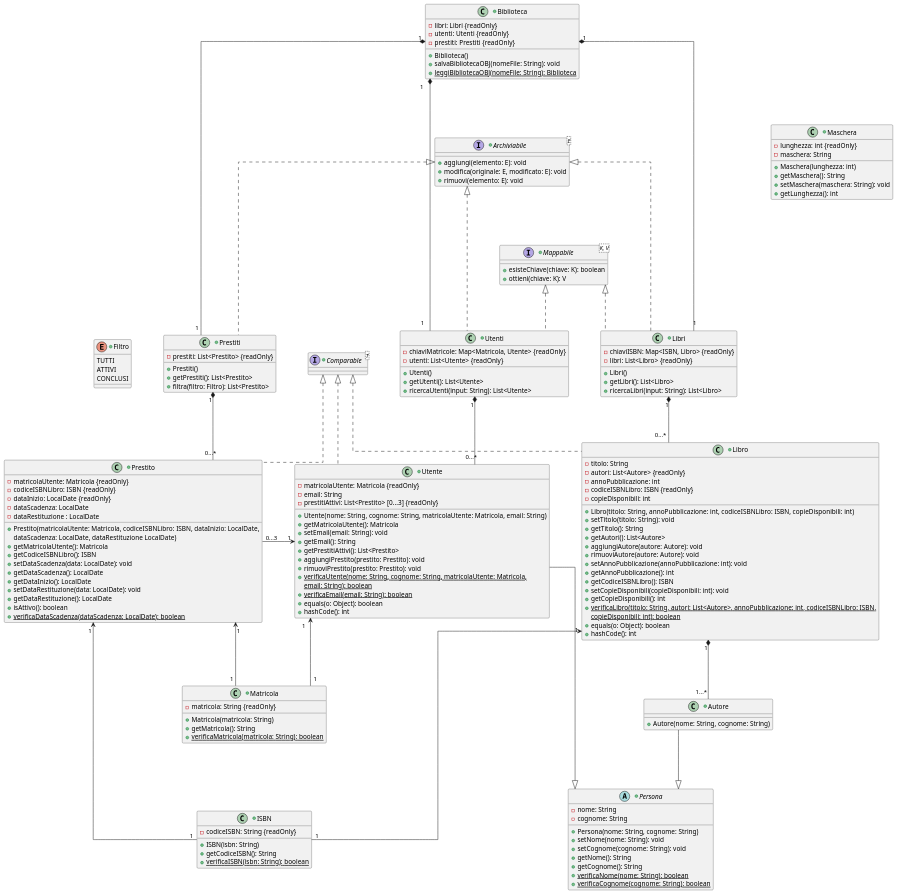
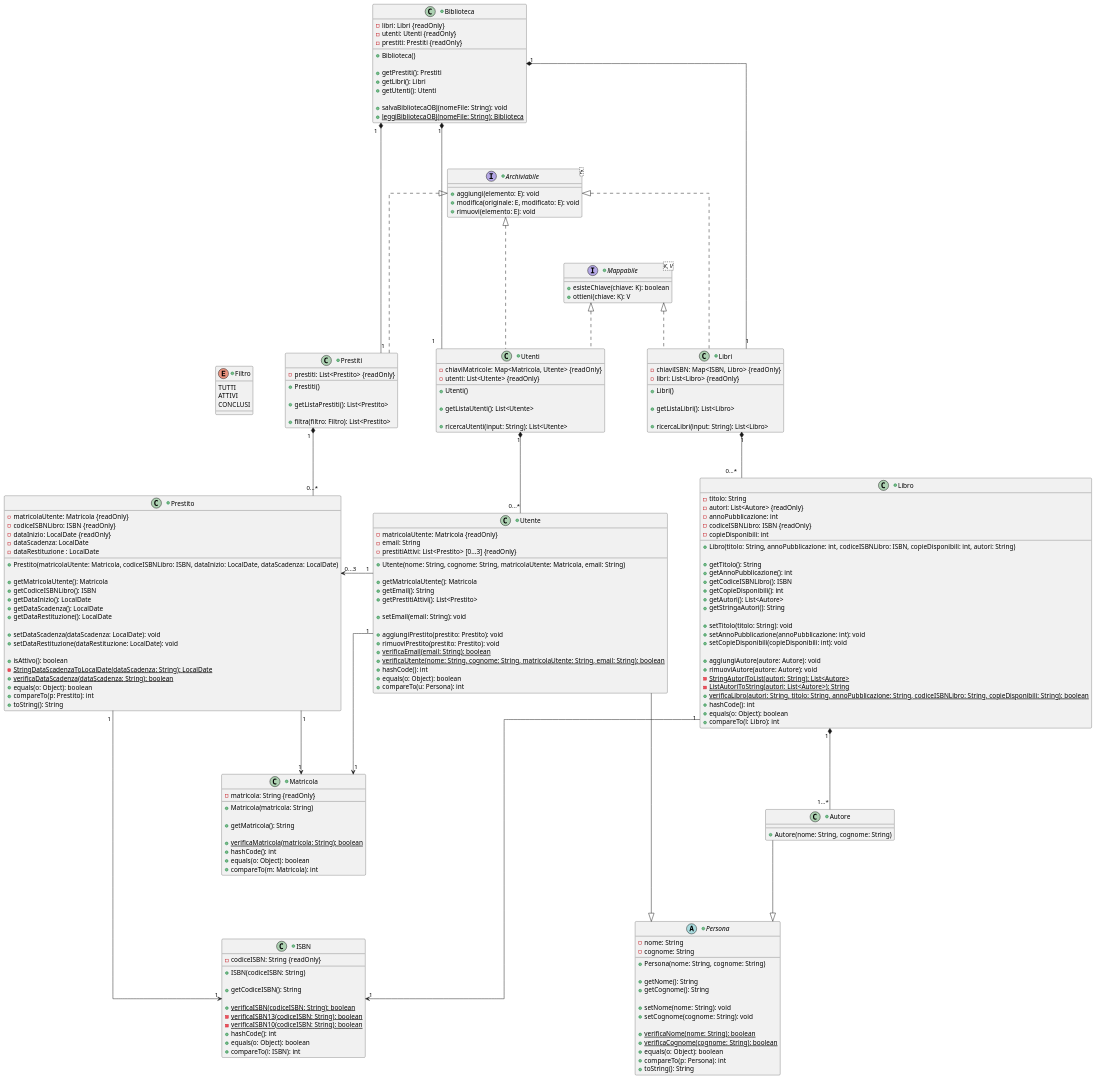
The diagram in documents/DiagrammiUML/classdiagram.puml (TitanVoid/ProgSE-Biblioteca), drawn with PlantUML before and after one commit.

Commit message:
Caricamento classdiagram.puml - versione finale

```diff
--- a/documents/DiagrammiUML/classdiagram.puml
+++ b/documents/DiagrammiUML/classdiagram.puml
@@ -1,8 +1,8 @@
 @startuml
+skinparam svgTextStyle plain
 skinparam nodesep 70
 skinparam ranksep 100
 skinparam linetype ortho
-'skinparam linetype polyline
 top to bottom direction
 
 
@@ -21,6 +21,11 @@
 -prestiti: Prestiti {readOnly}
 
 +Biblioteca()
+
++getPrestiti(): Prestiti
++getLibri(): Libri
++getUtenti(): Utenti
+
 +salvaBibliotecaOBJ(nomeFile: String): void
 +leggiBibliotecaOBJ(nomeFile: String): Biblioteca {static}
 }
@@ -38,7 +43,9 @@
 -utenti: List<Utente> {readOnly}
 
 +Utenti()
-+getUtenti(): List<Utente>
+
++getListaUtenti(): List<Utente>
+
 +ricercaUtenti(input: String): List<Utente> 
 }
 
@@ -48,7 +55,9 @@
 -libri: List<Libro> {readOnly}
 
 +Libri()
-+getLibri(): List<Libro>
+
++getListaLibri(): List<Libro>
+
 +ricercaLibri(input: String): List<Libro> 
 }
 
@@ -57,74 +66,91 @@
 -prestiti: List<Prestito> {readOnly}
 
 +Prestiti()
-+getPrestiti(): List<Prestito>
+
++getListaPrestiti(): List<Prestito>
+
 +filtra(filtro: Filtro): List<Prestito>
 }
 
 
-+class Utente implements Comparable<T> {
++class Utente {
 -matricolaUtente: Matricola {readOnly}
 -email: String
 -prestitiAttivi: List<Prestito> [0...3] {readOnly}
 
 +Utente(nome: String, cognome: String, matricolaUtente: Matricola, email: String)
+
 +getMatricolaUtente(): Matricola
-+setEmail(email: String): void
 +getEmail(): String
 +getPrestitiAttivi(): List<Prestito>
+
++setEmail(email: String): void
+
 +aggiungiPrestito(prestito: Prestito): void
 +rimuoviPrestito(prestito: Prestito): void
-+verificaUtente(nome: String, cognome: String, matricolaUtente: Matricola, {static} 
-email: String): boolean {static}
 +verificaEmail(email: String): boolean {static} 
++verificaUtente(nome: String, cognome: String, matricolaUtente: String, email: String): boolean {static}
++hashCode(): int
 +equals(o: Object): boolean
-+hashCode(): int
++compareTo(u: Persona): int
 }
 
 
-+class Libro implements Comparable<T> {
--titolo: String
++class Libro {
+-titolo: String 
 -autori: List<Autore> {readOnly}
 -annoPubblicazione: int 
 -codiceISBNLibro: ISBN {readOnly}
 -copieDisponibili: int 
 
-+Libro(titolo: String, annoPubblicazione: int, codiceISBNLibro: ISBN, copieDisponibili: int)
++Libro(titolo: String, annoPubblicazione: int, codiceISBNLibro: ISBN, copieDisponibili: int, autori: String)
+
++getTitolo(): String
++getAnnoPubblicazione(): int
++getCodiceISBNLibro(): ISBN
++getCopieDisponibili(): int
++getAutori(): List<Autore>
++getStringaAutori(): String
+
 +setTitolo(titolo: String): void
-+getTitolo(): String
-+getAutori(): List<Autore>
++setAnnoPubblicazione(annoPubblicazione: int): void
++setCopieDisponibili(copieDisponibili: int): void
+
 +aggiungiAutore(autore: Autore): void
 +rimuoviAutore(autore: Autore): void
-+setAnnoPubblicazione(annoPubblicazione: int): void
-+getAnnoPubblicazione(): int
-+getCodiceISBNLibro(): ISBN
-+setCopieDisponibili(copieDisponibili: int): void
-+getCopieDisponibili(): int
-+verificaLibro(titolo: String, autori: List<Autore>, annoPubblicazione: int, codiceISBNLibro: ISBN, {static}
-copieDisponibili: int): boolean {static}
+-StringAutoriToList(autori: String): List<Autore> {static}
+-ListAutoriToString(autori: List<Autore>): String {static}
++verificaLibro(autori: String, titolo: String, annoPubblicazione: String, codiceISBNLibro: String, copieDisponibili: String): boolean {static}
++hashCode(): int
 +equals(o: Object): boolean
-+hashCode(): int
++compareTo(l: Libro): int
 }
 
 
-+class Prestito implements Comparable<T> {
++class Prestito {
 -matricolaUtente: Matricola {readOnly}
 -codiceISBNLibro: ISBN {readOnly}
 -dataInizio: LocalDate {readOnly}
 -dataScadenza: LocalDate 
 -dataRestituzione : LocalDate
 
-+Prestito(matricolaUtente: Matricola, codiceISBNLibro: ISBN, dataInizio: LocalDate,
-dataScadenza: LocalDate, dataRestituzione LocalDate)
++Prestito(matricolaUtente: Matricola, codiceISBNLibro: ISBN, dataInizio: LocalDate, dataScadenza: LocalDate)
+
 +getMatricolaUtente(): Matricola
 +getCodiceISBNLibro(): ISBN
-+setDataScadenza(data: LocalDate): void
++getDataInizio(): LocalDate 
 +getDataScadenza(): LocalDate
-+getDataInizio(): LocalDate 
-+setDataRestituzione(data: LocalDate): void
 +getDataRestituzione(): LocalDate 
+
++setDataScadenza(dataScadenza: LocalDate): void
++setDataRestituzione(dataRestituzione: LocalDate): void
+
 +isAttivo(): boolean
-+verificaDataScadenza(dataScadenza: LocalDate): boolean {static}
+-StringDataScadenzaToLocalDate(dataScadenza: String): LocalDate {static}
++verificaDataScadenza(dataScadenza: String): boolean {static}
++equals(o: Object): boolean
++compareTo(p: Prestito): int
++toString(): String
 }
 
 
@@ -133,12 +159,18 @@
 -cognome: String 
 
 +Persona(nome: String, cognome: String)
+
++getNome(): String
++getCognome(): String
+
 +setNome(nome: String): void 
 +setCognome(cognome: String): void 
-+getNome(): String
-+getCognome(): String
+
 +verificaNome(nome: String): boolean {static}
 +verificaCognome(cognome: String): boolean {static}
++equals(o: Object): boolean
++compareTo(p: Persona): int
++toString(): String
 }
 
 
@@ -151,39 +183,35 @@
 -matricola: String {readOnly}
 
 +Matricola(matricola: String)
+
 +getMatricola(): String
+
 +verificaMatricola(matricola: String): boolean {static}
++hashCode(): int
++equals(o: Object): boolean
++compareTo(m: Matricola): int
 }
 
 
 +class ISBN {
 -codiceISBN: String {readOnly}
 
-+ISBN(isbn: String)
++ISBN(codiceISBN: String)
+
 +getCodiceISBN(): String
-+verificaISBN(isbn: String): boolean {static}
+
++verificaISBN(codiceISBN: String): boolean {static}
+-verificaISBN13(codiceISBN: String): boolean {static}
+-verificaISBN10(codiceISBN: String): boolean {static}
++hashCode(): int
++equals(o: Object): boolean
++compareTo(i: ISBN): int
 }
-
-
-+class Maschera {
--lunghezza: int {readOnly}
--maschera: String
-
-+Maschera(lunghezza: int)
-+getMaschera(): String
-+setMaschera(maschera: String): void
-+getLunghezza(): int
-}
-
 
 +enum Filtro {
 TUTTI
 ATTIVI
 CONCLUSI
-}
-
-
-+interface Comparable<T> {
 }
 
 
@@ -207,7 +235,7 @@
 Prestito -[hidden]-> Matricola
 Matricola -[hidden]-> ISBN
 
-Biblioteca --[hidden]> Maschera
+Filtro -[hidden]> Prestiti
 
 
 
@@ -225,16 +253,16 @@
 
 Libro "1" *-- "1...*" Autore
 
-Prestito "0...3" -> "1" Utente
+Prestito "0...3" <- "1" Utente
 
 Utente -|> Persona
 Autore -down-|> Persona
 
-Libro "1" <-down- "1" ISBN
-Prestito "1" <-down- "1" ISBN
+Libro "1" -down-> "1" ISBN
+Prestito "1" -down-> "1" ISBN
 
-Utente "1" <-- "1" Matricola
-Prestito "1" <-- "1" Matricola
+Utente "1" --> "1" Matricola
+Prestito "1" --> "1" Matricola
 
 Mappabile <|.down. Utenti
 Mappabile <|.down. Libri
@@ -243,6 +271,7 @@
 Archiviabile <|... Utenti
 Archiviabile <|... Libri
 
-Filtro -[hidden]> Prestiti
+
+
 
 @enduml
```
